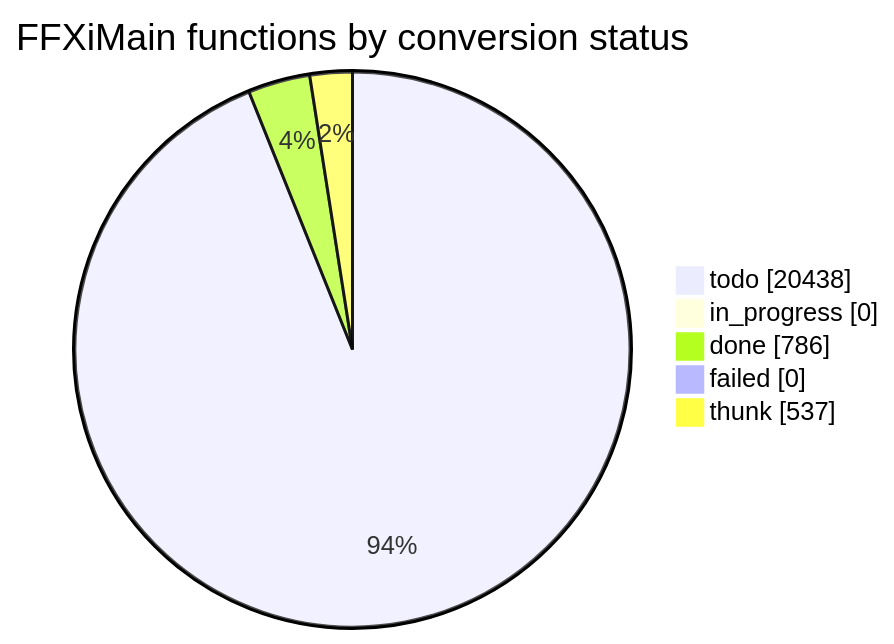
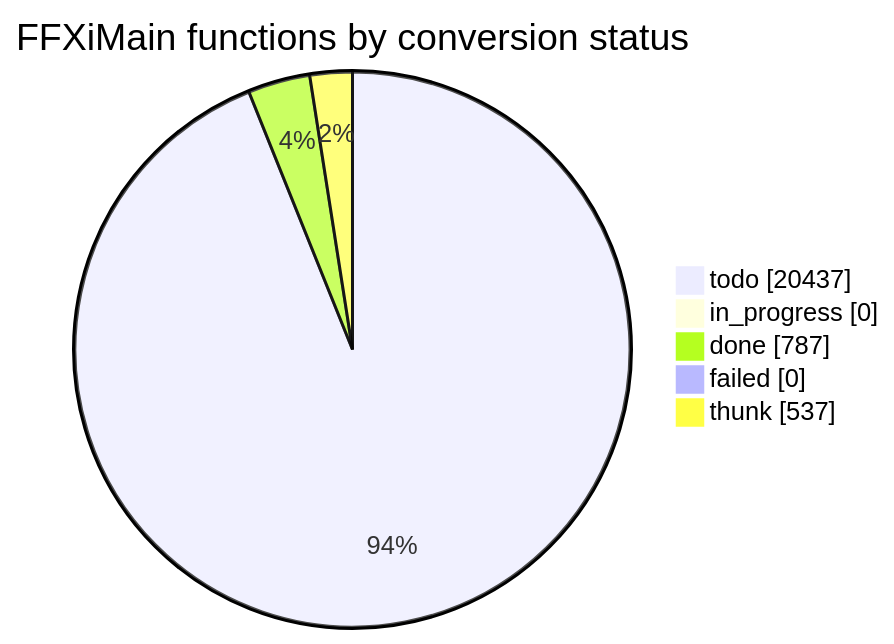
The diagram in docs/cow/STATUS.md (cowrevenge/cow_kuluu_xi_anything), drawn with Mermaid before and after one commit. The commit also changed other lines of this file and 9 other files, not shown here.

````diff
--- a/docs/cow/STATUS.md
+++ b/docs/cow/STATUS.md
@@ -18,9 +18,9 @@
 ```mermaid
 pie showData
     title FFXiMain functions by conversion status
-    "todo" : 20438
+    "todo" : 20437
     "in_progress" : 0
-    "done" : 786
+    "done" : 787
     "failed" : 0
     "thunk" : 537
 ```
````
